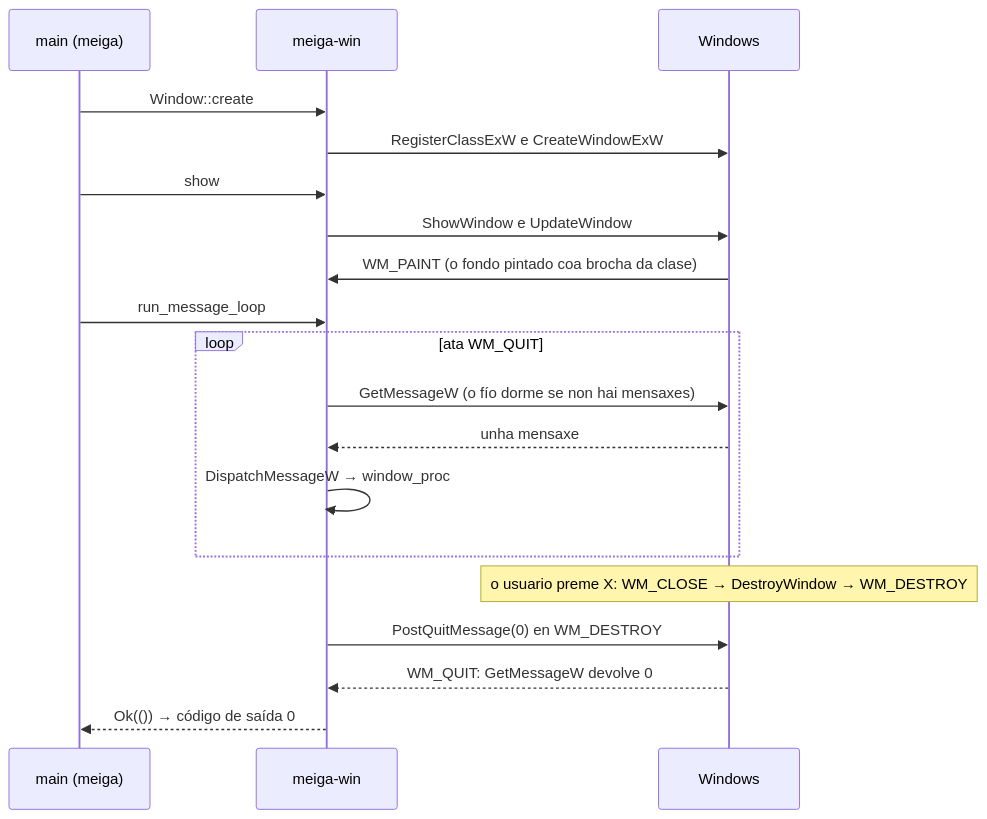
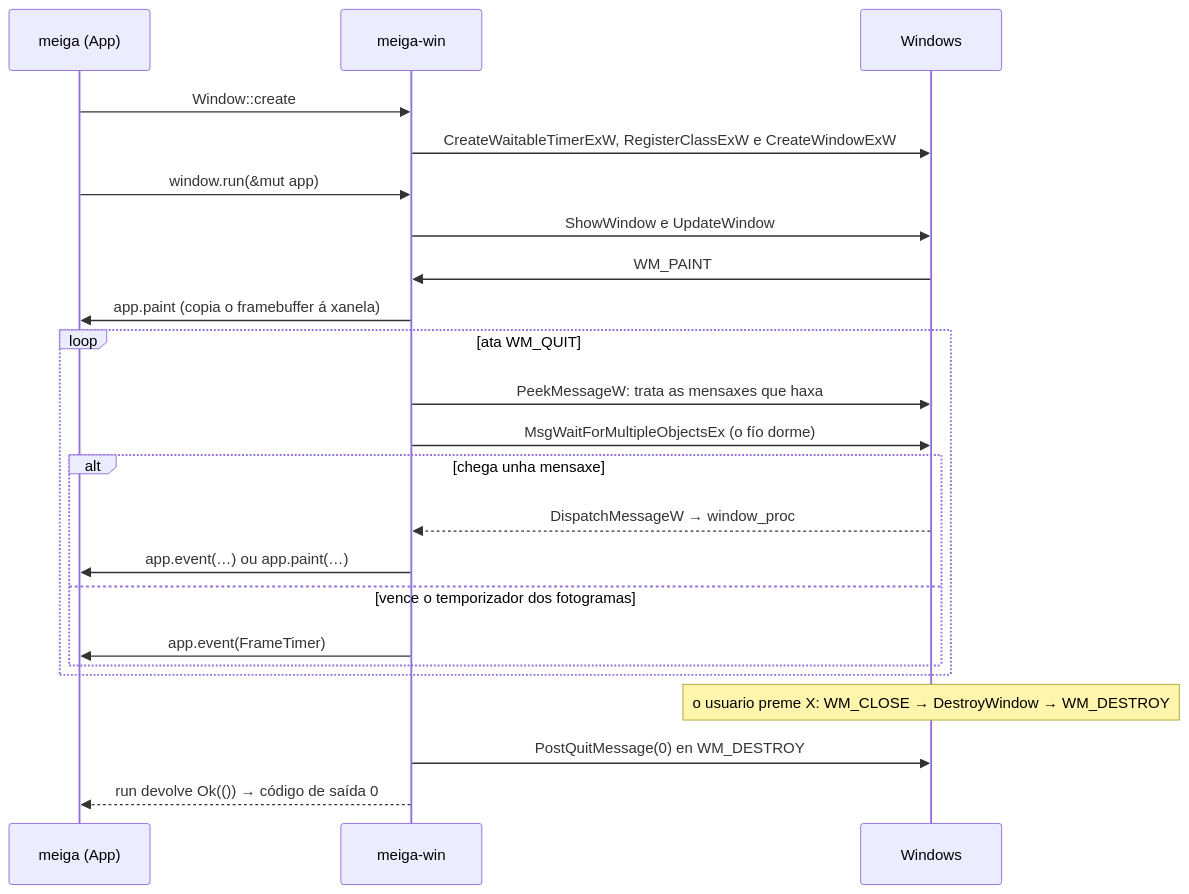
One commit to NewHouses/meiga changed the diagram in docs/codigo/meiga-win.md. Above: the diagram before and after it, drawn with Mermaid. The commit also changed other lines of this file and 43 other files, not shown here.

````diff
--- a/docs/codigo/meiga-win.md
+++ b/docs/codigo/meiga-win.md
@@ -130,21 +269,25 @@
 ```mermaid
 sequenceDiagram
-    participant M as main (meiga)
+    participant M as meiga (App)
     participant W as meiga-win
     participant S as Windows
     M->>W: Window::create
-    W->>S: RegisterClassExW e CreateWindowExW
-    M->>W: show
+    W->>S: CreateWaitableTimerExW, RegisterClassExW e CreateWindowExW
+    M->>W: window.run(&mut app)
     W->>S: ShowWindow e UpdateWindow
-    S->>W: WM_PAINT (o fondo pintado coa brocha da clase)
-    M->>W: run_message_loop
+    S->>W: WM_PAINT
+    W->>M: app.paint (copia o framebuffer á xanela)
     loop ata WM_QUIT
-        W->>S: GetMessageW (o fío dorme se non hai mensaxes)
-        S-->>W: unha mensaxe
-        W->>W: DispatchMessageW → window_proc
+        W->>S: PeekMessageW: trata as mensaxes que haxa
+        W->>S: MsgWaitForMultipleObjectsEx (o fío dorme)
+        alt chega unha mensaxe
+            S-->>W: DispatchMessageW → window_proc
+            W->>M: app.event(…) ou app.paint(…)
+        else vence o temporizador dos fotogramas
+            W->>M: app.event(FrameTimer)
+        end
     end
     Note over S: o usuario preme X: WM_CLOSE → DestroyWindow → WM_DESTROY
     W->>S: PostQuitMessage(0) en WM_DESTROY
-    S-->>W: WM_QUIT: GetMessageW devolve 0
-    W-->>M: Ok(()) → código de saída 0
+    W-->>M: run devolve Ok(()) → código de saída 0
 ```
````
